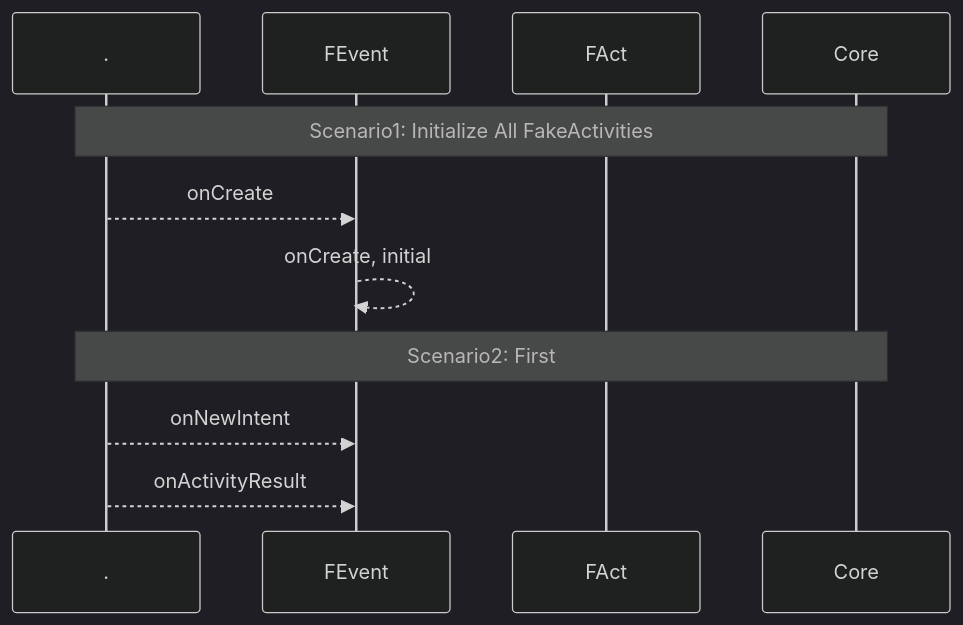
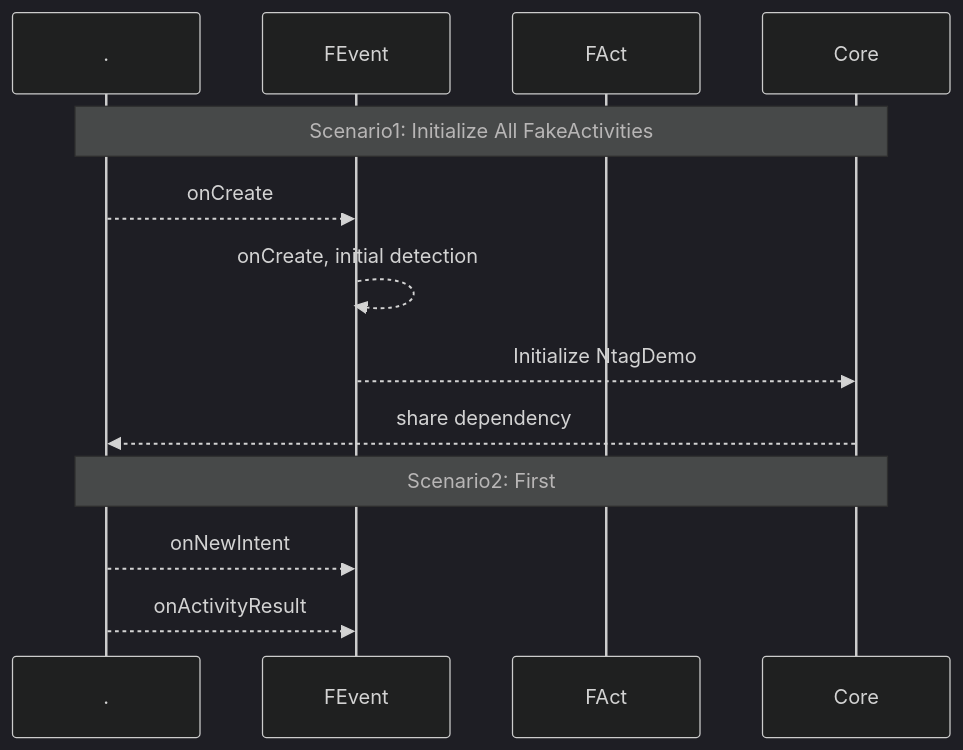
One commit to gordianknotC/nxp_note changed the fourth of 6 diagrams in flutter/android_to_flutter.md. Above: the diagram before and after it, drawn with Mermaid (dark theme). The commit also changed other lines of this file, not shown here.

Commit message:
flutter/android_to_flutter.md updated from https://stackedit.io/

````diff
--- a/flutter/android_to_flutter.md
+++ b/flutter/android_to_flutter.md
@@ -167,21 +167,23 @@
 ```mermaid
 sequenceDiagram
 participant .
 participant FEvent
 participant FAct
 participant Core
 
 Note over ., Core: Scenario1: Initialize All FakeActivities
 . -->> FEvent :onCreate
-FEvent -->> FEvent: onCreate, initial
+FEvent -->> FEvent: onCreate, initial detection
+FEvent -->> Core: Initialize NtagDemo
+Core -->> .: share dependency
 
 Note over ., Core: Scenario2: First 
 
 
 
 
 . -->> FEvent: onNewIntent
 
 . -->> FEvent: onActivityResult
 
 ```
````
